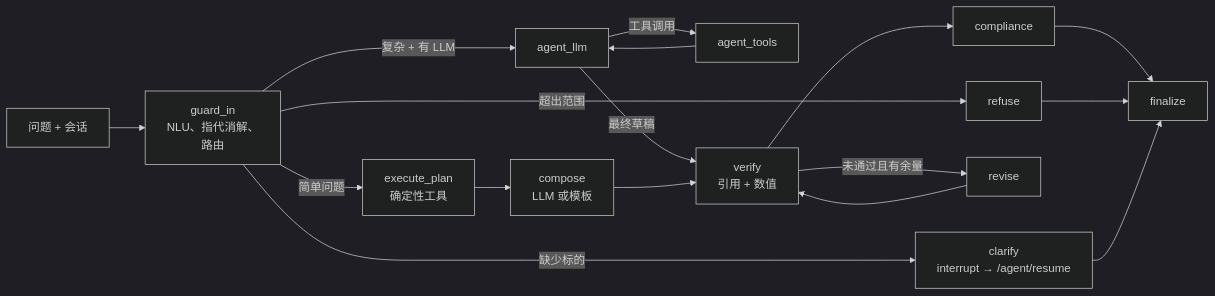
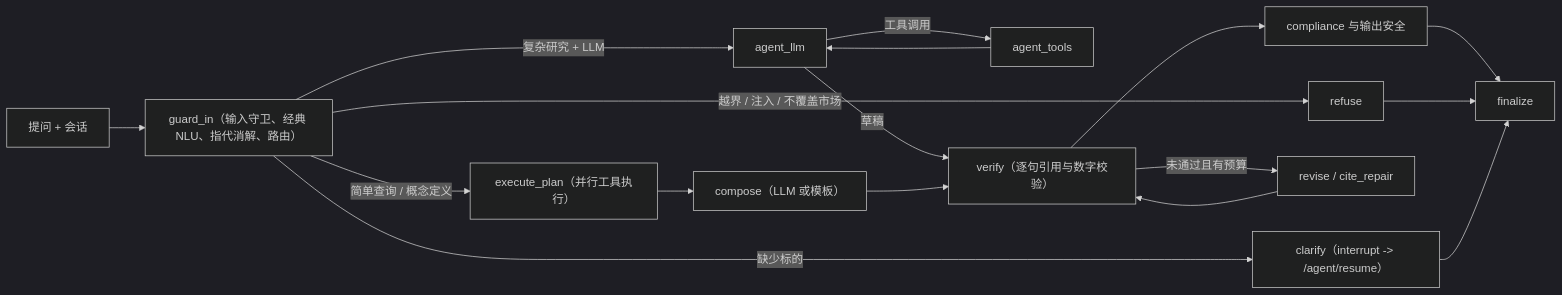
One commit to beautifulrem/FinSight changed the diagram in docs/zh/agent.md. Above: the diagram before and after it, drawn with Mermaid (dark theme). The commit also changed other lines of this file and 54 other files, not shown here.

````diff
--- a/docs/zh/agent.md
+++ b/docs/zh/agent.md
@@ -16,15 +16,15 @@
 ```mermaid
 flowchart LR
-    Q[问题 + 会话] --> G[guard_in<br/>NLU、指代消解、<br/>路由]
-    G -->|超出范围| R[refuse]
-    G -->|缺少标的| C[clarify<br/>interrupt → /agent/resume]
-    G -->|简单问题| P[execute_plan<br/>确定性工具]
-    G -->|复杂 + 有 LLM| A[agent_llm]
-    A -->|工具调用| T[agent_tools] --> A
-    A -->|最终草稿| V
-    P --> K[compose<br/>LLM 或模板] --> V[verify<br/>引用 + 数值]
-    V -->|未通过且有余量| X[revise] --> V
-    V --> M[compliance] --> F[finalize]
-    R --> F
-    C --> F
+  Q["提问 + 会话"] --> G["guard_in（输入守卫、经典 NLU、指代消解、路由）"]
+  G -->|越界 / 注入 / 不覆盖市场| R["refuse"]
+  G -->|缺少标的| C["clarify（interrupt -> /agent/resume）"]
+  G -->|简单查询 / 概念定义| P["execute_plan（并行工具执行）"]
+  G -->|复杂研究 + LLM| A["agent_llm"]
+  A -->|工具调用| T["agent_tools"] --> A
+  A -->|草稿| V
+  P --> K["compose（LLM 或模板）"] --> V["verify（逐句引用与数字校验）"]
+  V -->|未通过且有预算| X["revise / cite_repair"] --> V
+  V --> M["compliance 与输出安全"] --> F["finalize"]
+  R --> F
+  C --> F
 ```
````
